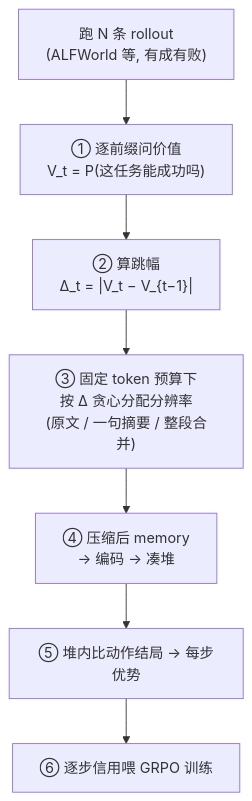
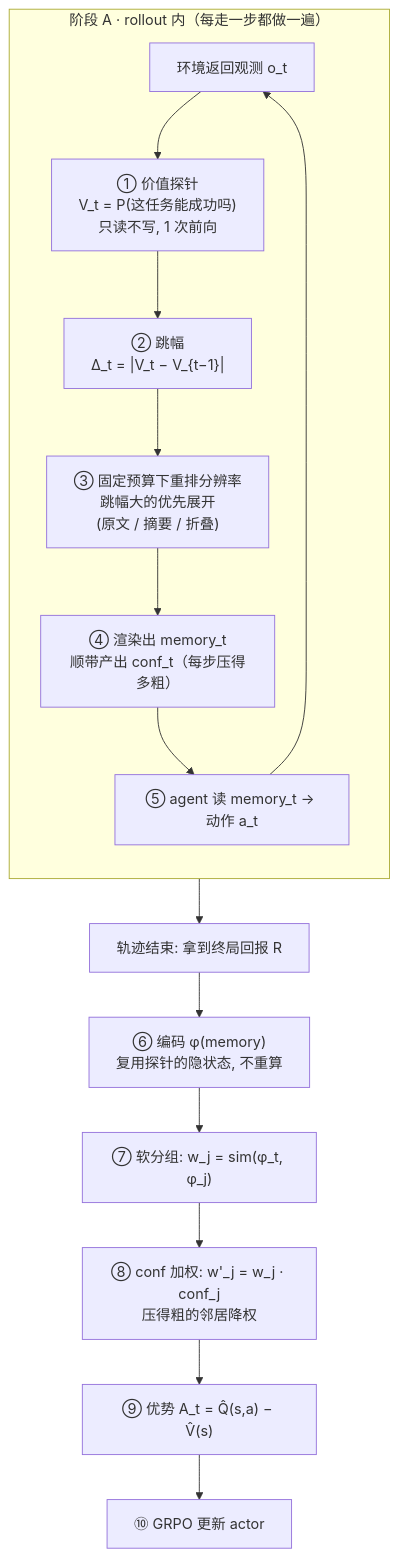
One commit to wuyi510627-droid/bipace_test changed the diagram in memory压缩.md. Above: the diagram before and after it, drawn with Mermaid. The commit also changed other lines of this file, not shown here.

````diff
--- a/memory压缩.md
+++ b/memory压缩.md
@@ -67,9 +69,18 @@
 ```mermaid
 flowchart TD
-    A["跑 N 条 rollout<br/>(ALFWorld 等, 有成有败)"] --> B["① 逐前缀问价值<br/>V_t = P(这任务能成功吗)"]
-    B --> C["② 算跳幅<br/>Δ_t = |V_t − V_{t−1}|"]
-    C --> D["③ 固定 token 预算下<br/>按 Δ 贪心分配分辨率<br/>(原文 / 一句摘要 / 整段合并)"]
-    D --> E["④ 压缩后 memory<br/>→ 编码 → 凑堆"]
-    E --> F["⑤ 堆内比动作结局 → 每步优势"]
-    F --> G["⑥ 逐步信用喂 GRPO 训练"]
+    subgraph A["阶段 A · rollout 内（每走一步都做一遍）"]
+        direction TB
+        O["环境返回观测 o_t"] --> P["① 价值探针<br/>V_t = P(这任务能成功吗)<br/>只读不写, 1 次前向"]
+        P --> J["② 跳幅<br/>Δ_t = |V_t − V_{t−1}|"]
+        J --> B1["③ 固定预算下重排分辨率<br/>跳幅大的优先展开<br/>(原文 / 摘要 / 折叠)"]
+        B1 --> M["④ 渲染出 memory_t<br/>顺带产出 conf_t（每步压得多粗）"]
+        M --> ACT["⑤ agent 读 memory_t → 动作 a_t"]
+        ACT --> O
+    end
+    A --> R["轨迹结束: 拿到终局回报 R"]
+    R --> S["⑥ 编码 φ(memory)<br/>复用探针的隐状态, 不重算"]
+    S --> G1["⑦ 软分组: w_j = sim(φ_t, φ_j)"]
+    G1 --> C1["⑧ conf 加权: w'_j = w_j · conf_j<br/>压得粗的邻居降权"]
+    C1 --> AD["⑨ 优势 A_t = Q̂(s,a) − V̂(s)"]
+    AD --> UP["⑩ GRPO 更新 actor"]
 ```
````
